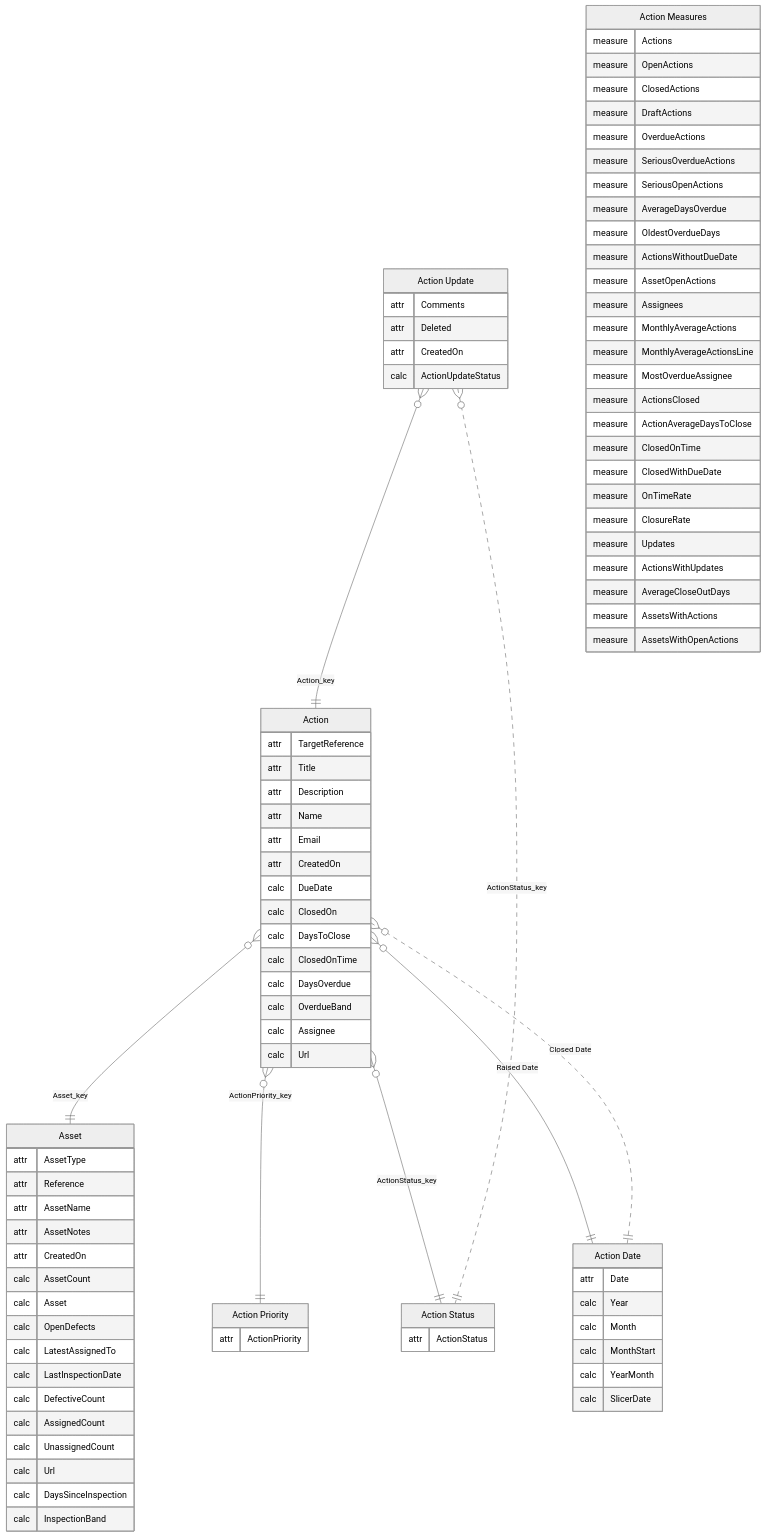
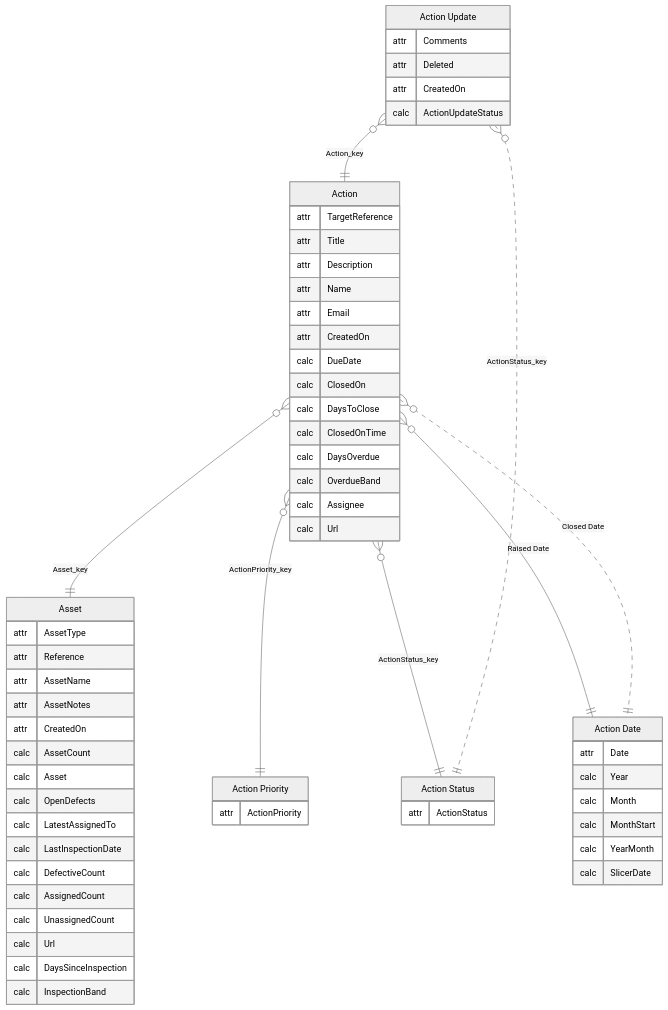
Diagram 16 of 16 in PowerBISamplesModels/Assets.md (work-wallet/BIClient), drawn with Mermaid before and after one commit. The commit also changed other lines of this file and 17 other files, not shown here.

```diff
--- a/PowerBISamplesModels/Assets.md
+++ b/PowerBISamplesModels/Assets.md
@@ -891,34 +890,6 @@
         calc DaysSinceInspection
         calc InspectionBand
     }
-    "Action Measures" {
-        measure Actions
-        measure OpenActions
-        measure ClosedActions
-        measure DraftActions
-        measure OverdueActions
-        measure SeriousOverdueActions
-        measure SeriousOpenActions
-        measure AverageDaysOverdue
-        measure OldestOverdueDays
-        measure ActionsWithoutDueDate
-        measure AssetOpenActions
-        measure Assignees
-        measure MonthlyAverageActions
-        measure MonthlyAverageActionsLine
-        measure MostOverdueAssignee
-        measure ActionsClosed
-        measure ActionAverageDaysToClose
-        measure ClosedOnTime
-        measure ClosedWithDueDate
-        measure OnTimeRate
-        measure ClosureRate
-        measure Updates
-        measure ActionsWithUpdates
-        measure AverageCloseOutDays
-        measure AssetsWithActions
-        measure AssetsWithOpenActions
-    }
     "Action" }o--|| "Asset" : "Asset_key"
     "Action" }o--|| "Action Priority" : "ActionPriority_key"
     "Action" }o--|| "Action Status" : "ActionStatus_key"
```
